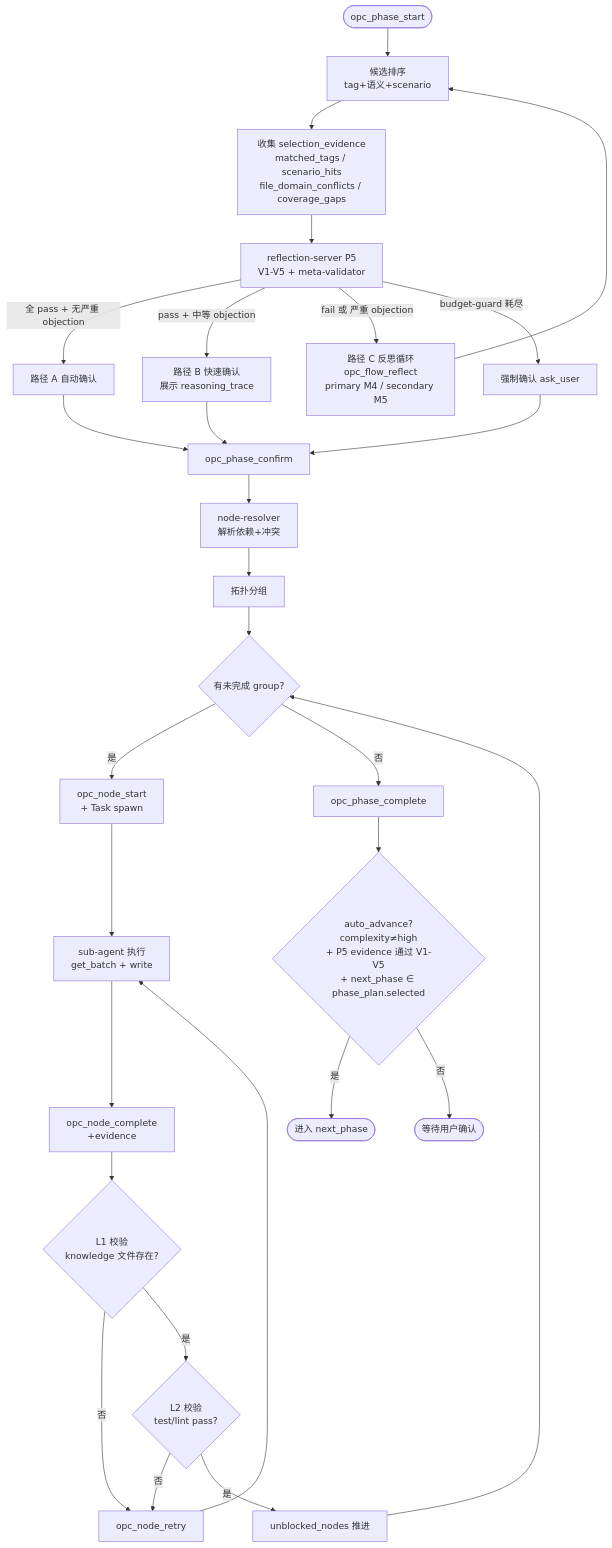
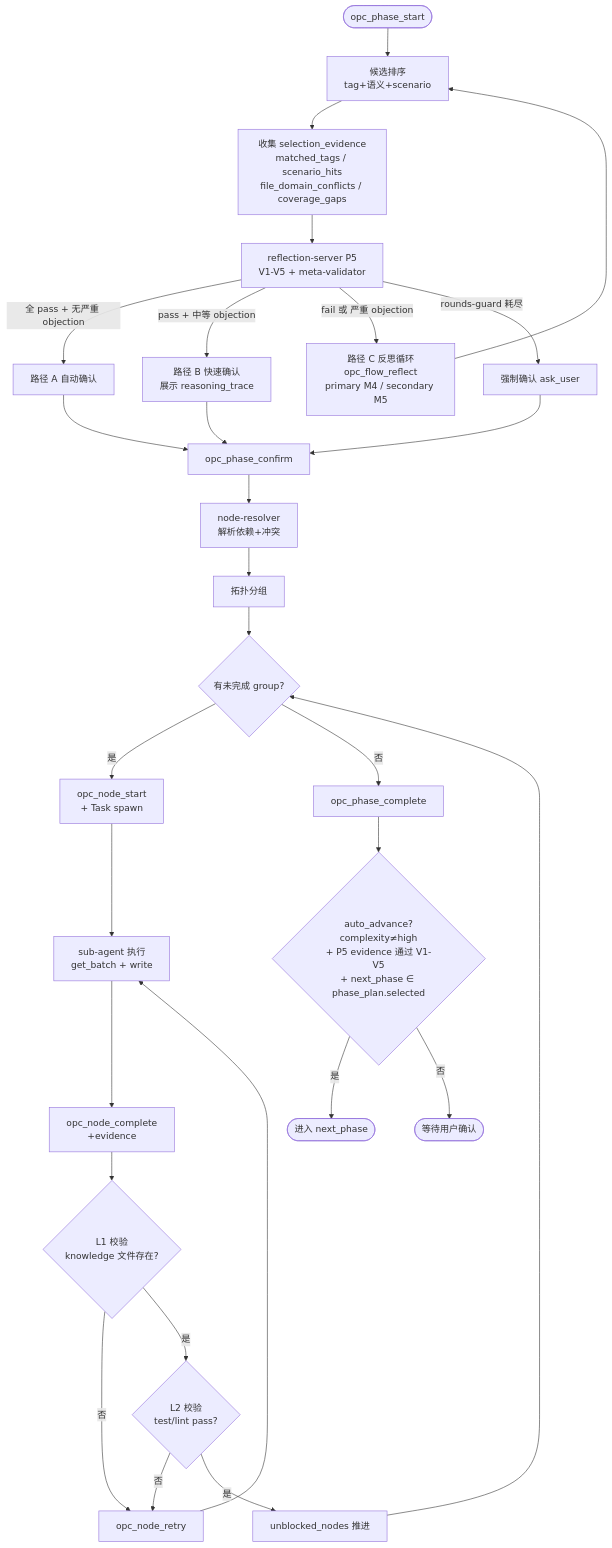
One commit to CaffeineOddity/opc-marketplace changed the second of 2 diagrams in doc/feature/04-e2e/01-walkthrough/00_overview.md. Above: the diagram before and after it, drawn with Mermaid. The commit also changed 46 other files, not shown here.

First line of the commit message:
docs: add reflection call-sequence contract + three-server seam matrix, align flow tools

````diff
--- a/doc/feature/04-e2e/01-walkthrough/00_overview.md
+++ b/doc/feature/04-e2e/01-walkthrough/00_overview.md
@@ -89,36 +89,36 @@
 ```mermaid
 flowchart TD
     Start([opc_phase_start]) --> Score[候选排序<br/>tag+语义+scenario]
     Score --> Evidence[收集 selection_evidence<br/>matched_tags / scenario_hits<br/>file_domain_conflicts / coverage_gaps]
     Evidence --> V[reflection-server P5<br/>V1-V5 + meta-validator]
 
     V -->|全 pass + 无严重 objection| AutoConfirm[路径 A 自动确认]
     V -->|pass + 中等 objection| QuickConf[路径 B 快速确认<br/>展示 reasoning_trace]
     V -->|fail 或 严重 objection| Adjust[路径 C 反思循环<br/>opc_flow_reflect<br/>primary M4 / secondary M5]
-    V -->|budget-guard 耗尽| Manual[强制确认 ask_user]
+    V -->|rounds-guard 耗尽| Manual[强制确认 ask_user]
 
     Adjust --> Score
     QuickConf --> Confirm[opc_phase_confirm]
     AutoConfirm --> Confirm
     Manual --> Confirm
 
     Confirm --> Resolve[node-resolver<br/>解析依赖+冲突]
     Resolve --> Groups[拓扑分组]
 
     Groups --> Exec{有未完成 group?}
     Exec -->|是| StartNode[opc_node_start<br/>+ Task spawn]
     StartNode --> Sub[sub-agent 执行<br/>get_batch + write]
     Sub --> Complete[opc_node_complete<br/>+evidence]
     Complete --> L1{L1 校验<br/>knowledge 文件存在?}
     L1 -->|否| Retry[opc_node_retry]
     L1 -->|是| L2{L2 校验<br/>test/lint pass?}
     L2 -->|否| Retry
     L2 -->|是| NextNode[unblocked_nodes 推进]
     NextNode --> Exec
     Retry --> Sub
 
     Exec -->|否| Done[opc_phase_complete]
     Done --> Auto{auto_advance?<br/>complexity≠high<br/>+ P5 evidence 通过 V1-V5<br/>+ next_phase ∈ phase_plan.selected}
     Auto -->|是| Next([进入 next_phase])
     Auto -->|否| Wait([等待用户确认])
 ```
````
